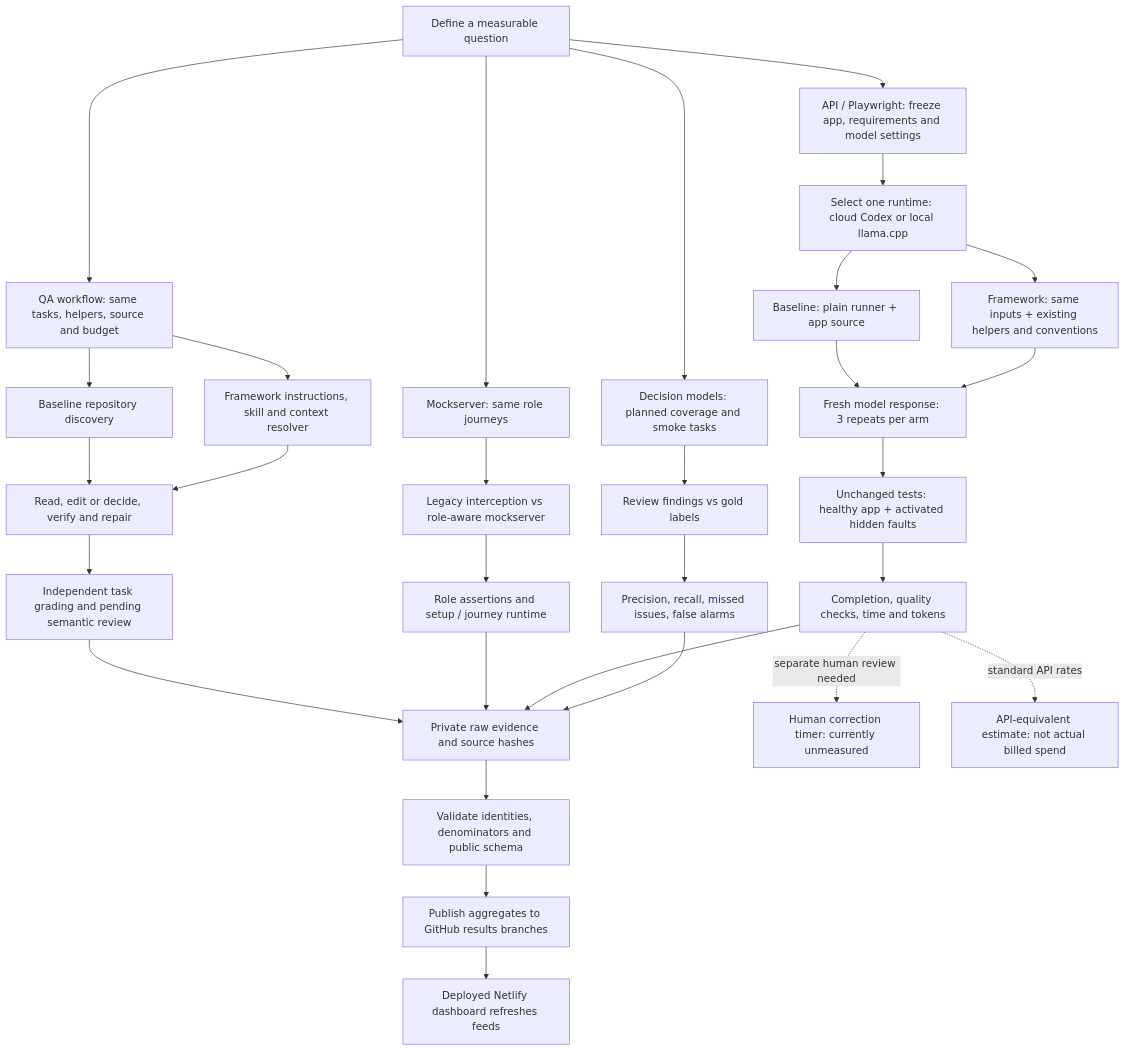
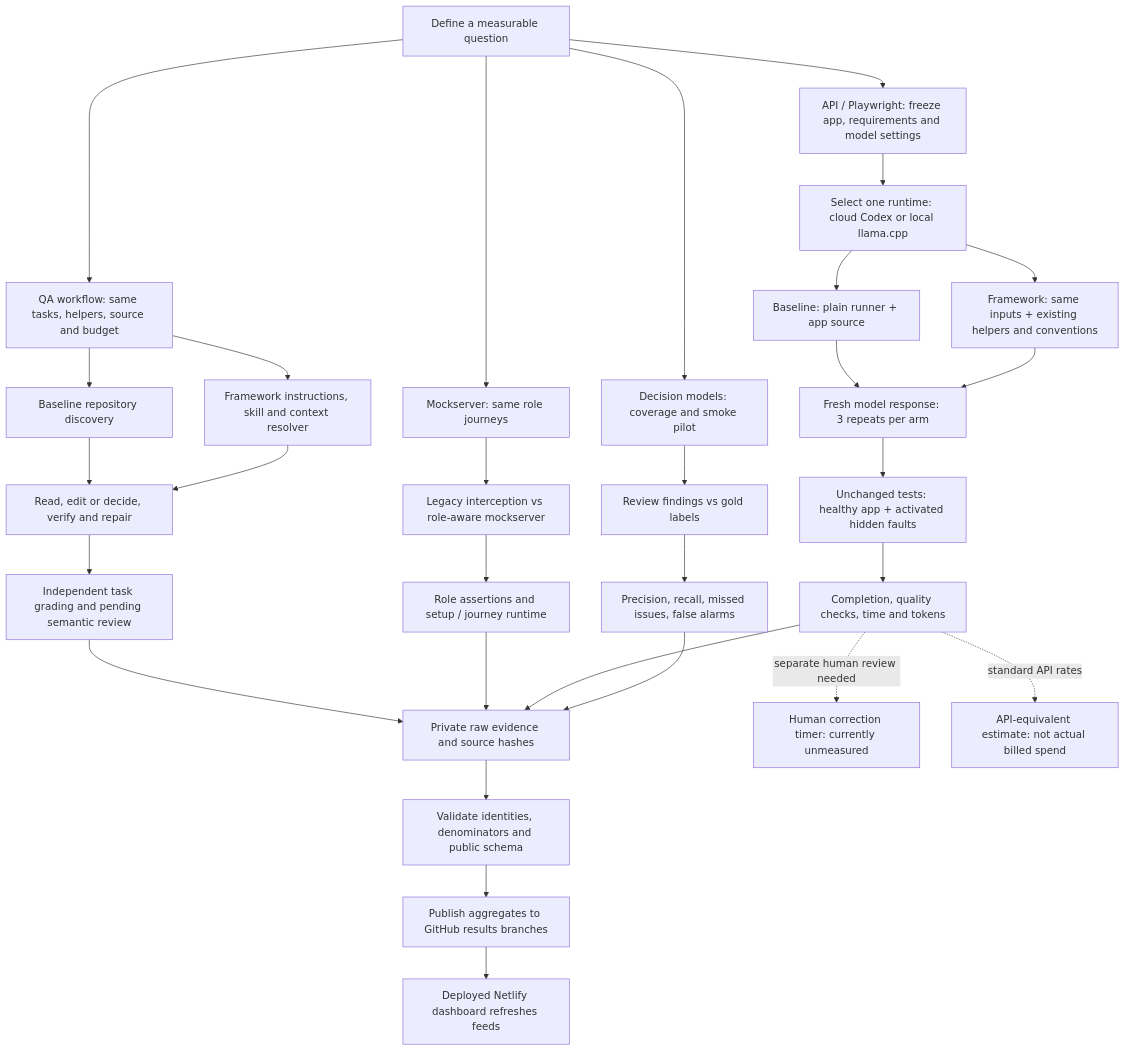
One commit to balajiregt/framework-benchmark-dashboard changed the diagram in public/benchmark-flow.mmd. Above: the diagram before and after it, drawn with Mermaid. The commit also changed 8 other files, not shown here.

Commit message:
Show local decision benchmark charts and validated result feed

```diff
--- a/public/benchmark-flow.mmd
+++ b/public/benchmark-flow.mmd
@@ -1,30 +1,30 @@
 flowchart TD
     Q[Define a measurable question] --> M[Mockserver: same role journeys]
     Q --> A[API / Playwright: freeze app, requirements and model settings]
     Q --> W[QA workflow: same tasks, helpers, source and budget]
     W --> WB[Baseline repository discovery]
     W --> WC[Framework instructions, skill and context resolver]
     WB --> WL[Read, edit or decide, verify and repair]
     WC --> WL
     WL --> WG[Independent task grading and pending semantic review]
     WG --> E
-    Q --> J[Decision models: planned coverage and smoke tasks]
+    Q --> J[Decision models: coverage and smoke pilot]
     M --> MB[Legacy interception vs role-aware mockserver]
     MB --> MO[Role assertions and setup / journey runtime]
     A --> L[Select one runtime: cloud Codex or local llama.cpp]
     L --> B[Baseline: plain runner + app source]
     L --> F[Framework: same inputs + existing helpers and conventions]
     B --> G[Fresh model response: 3 repeats per arm]
     F --> G
     G --> O[Unchanged tests: healthy app + activated hidden faults]
     O --> T[Completion, quality checks, time and tokens]
     J --> JO[Review findings vs gold labels]
     JO --> JM[Precision, recall, missed issues, false alarms]
     MO --> E[Private raw evidence and source hashes]
     T --> E
     JM --> E
     E --> V[Validate identities, denominators and public schema]
     V --> P[Publish aggregates to GitHub results branches]
     P --> D[Deployed Netlify dashboard refreshes feeds]
     T -. separate human review needed .-> H[Human correction timer: currently unmeasured]
     T -. standard API rates .-> C[API-equivalent estimate: not actual billed spend]
```
